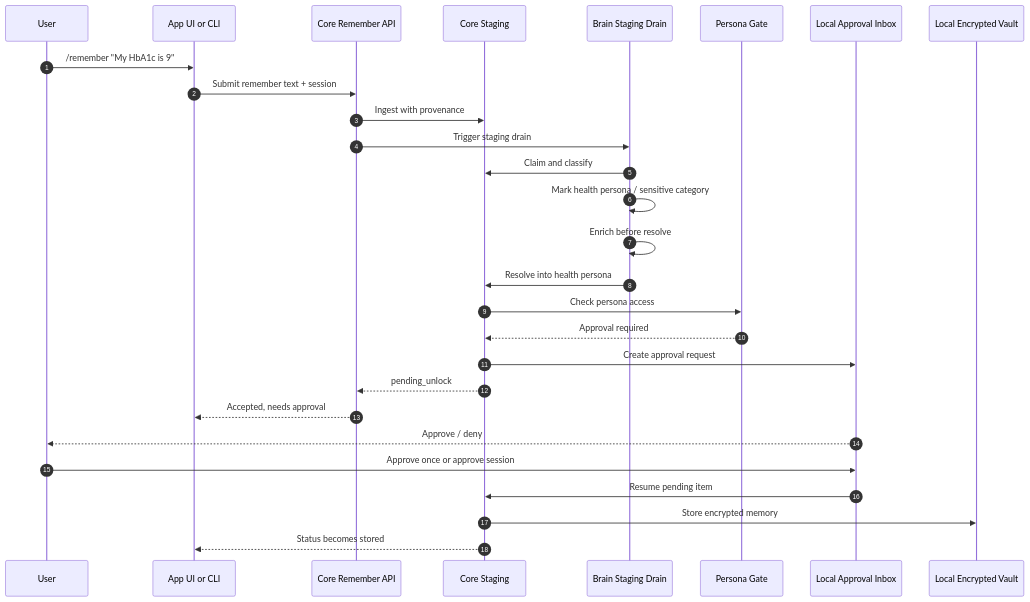
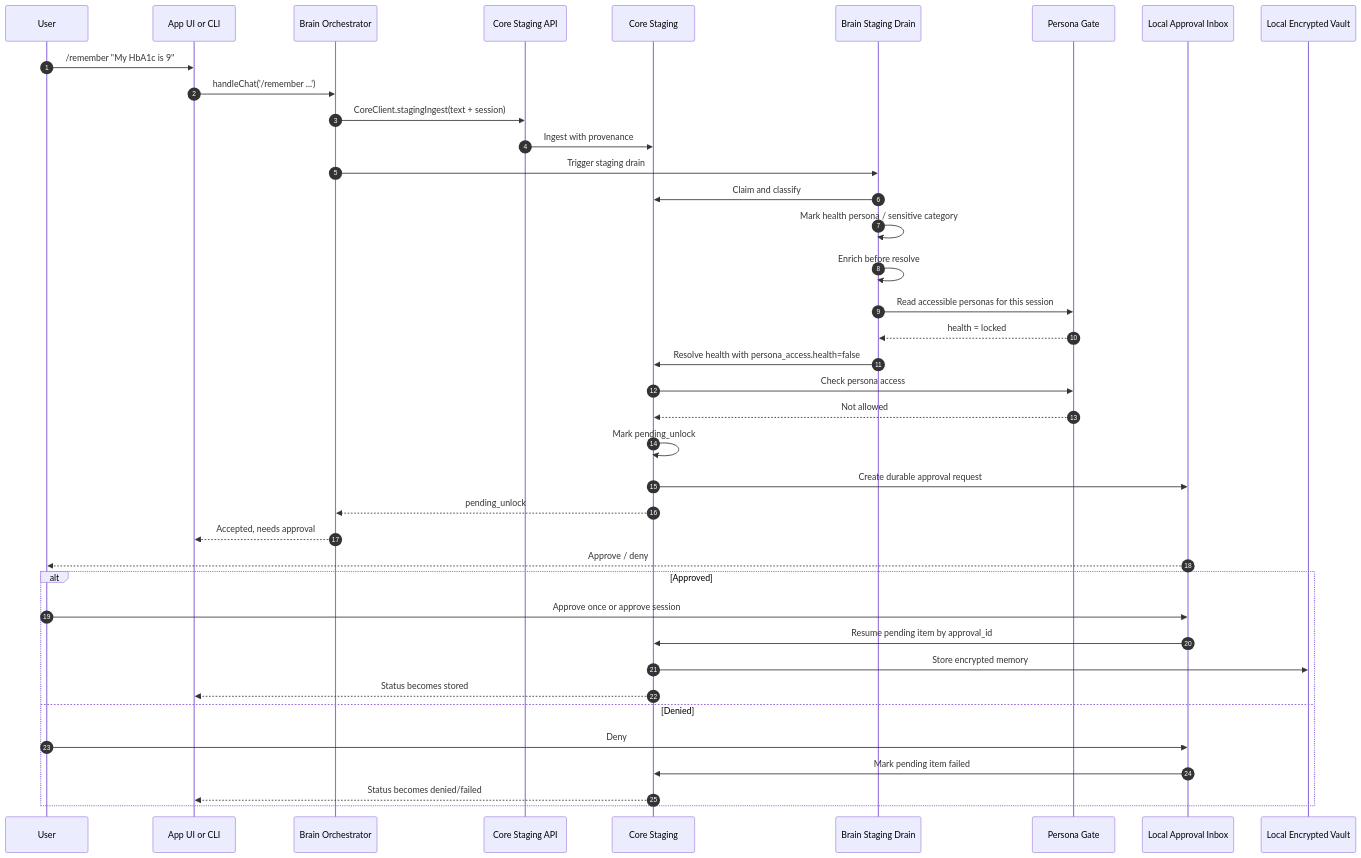
The fifth of 13 diagrams in docs/SIMPLIFIED_ARCHITECTURE.md (rajmohanutopai/dina), drawn with Mermaid before and after one commit. The commit also changed other lines of this file and 435 other files, not shown here.

First line of the commit message:
Consolidate TypeScript home node architecture

````diff
--- a/docs/SIMPLIFIED_ARCHITECTURE.md
+++ b/docs/SIMPLIFIED_ARCHITECTURE.md
@@ -189,31 +273,42 @@
 ```mermaid
 sequenceDiagram
     autonumber
     participant User
     participant UI as App UI or CLI
-    participant Core as Core Remember API
+    participant Brain as Brain Orchestrator
+    participant Core as Core Staging API
     participant Staging as Core Staging
-    participant Brain as Brain Staging Drain
+    participant Drain as Brain Staging Drain
     participant Gate as Persona Gate
     participant Approval as Local Approval Inbox
     participant Vault as Local Encrypted Vault
 
     User->>UI: /remember "My HbA1c is 9"
-    UI->>Core: Submit remember text + session
+    UI->>Brain: handleChat('/remember ...')
+    Brain->>Core: CoreClient.stagingIngest(text + session)
     Core->>Staging: Ingest with provenance
-    Core->>Brain: Trigger staging drain
-    Brain->>Staging: Claim and classify
-    Brain->>Brain: Mark health persona / sensitive category
-    Brain->>Brain: Enrich before resolve
-    Brain->>Staging: Resolve into health persona
+    Brain->>Drain: Trigger staging drain
+    Drain->>Staging: Claim and classify
+    Drain->>Drain: Mark health persona / sensitive category
+    Drain->>Drain: Enrich before resolve
+    Drain->>Gate: Read accessible personas for this session
+    Gate-->>Drain: health = locked
+    Drain->>Staging: Resolve health with persona_access.health=false
     Staging->>Gate: Check persona access
-    Gate-->>Staging: Approval required
-    Staging->>Approval: Create approval request
-    Staging-->>Core: pending_unlock
-    Core-->>UI: Accepted, needs approval
+    Gate-->>Staging: Not allowed
+    Staging->>Staging: Mark pending_unlock
+    Staging->>Approval: Create durable approval request
+    Staging-->>Brain: pending_unlock
+    Brain-->>UI: Accepted, needs approval
     Approval-->>User: Approve / deny
+    alt Approved
     User->>Approval: Approve once or approve session
-    Approval->>Staging: Resume pending item
+    Approval->>Staging: Resume pending item by approval_id
     Staging->>Vault: Store encrypted memory
     Staging-->>UI: Status becomes stored
+    else Denied
+    User->>Approval: Deny
+    Approval->>Staging: Mark pending item failed
+    Staging-->>UI: Status becomes denied/failed
+    end
 ```
````
